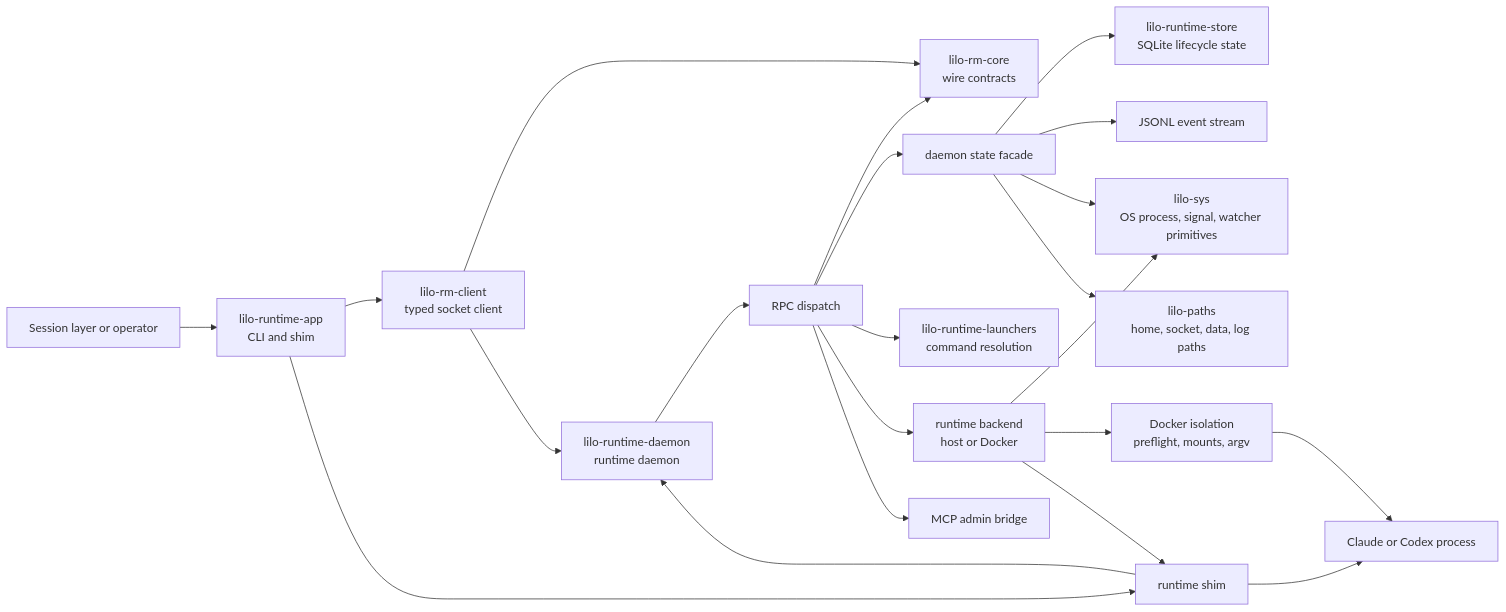
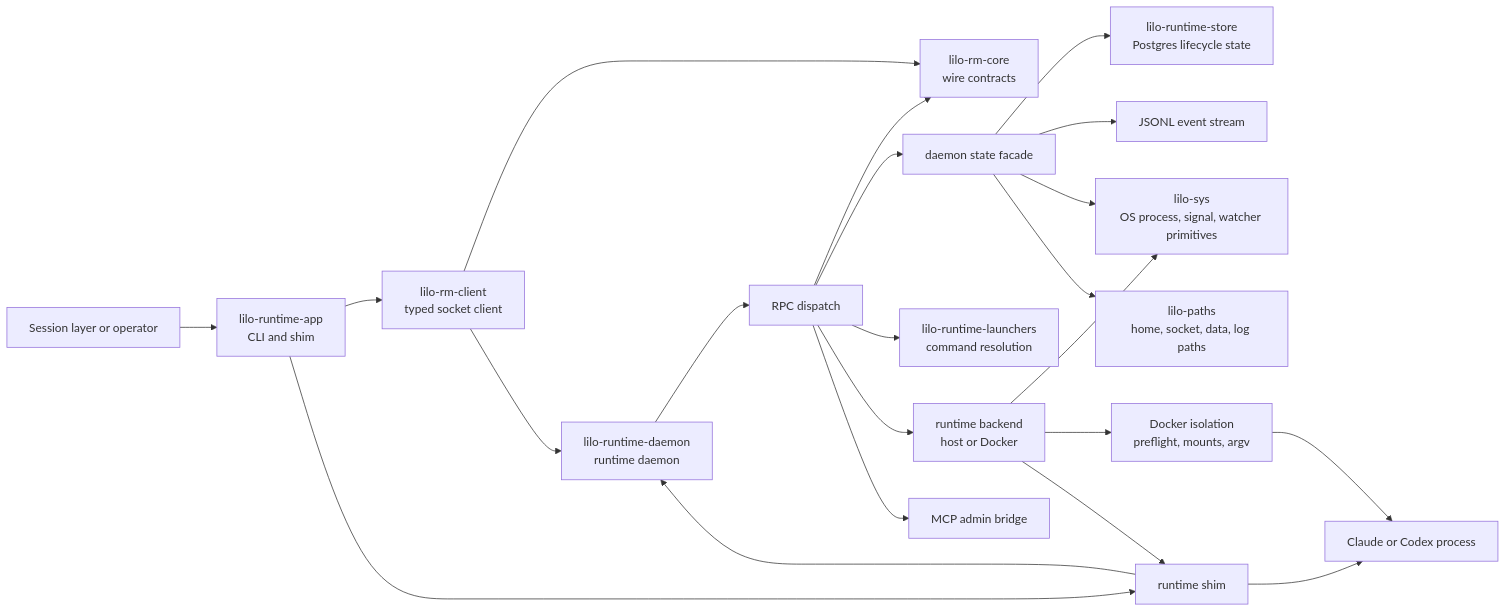
Before and after one commit to littleorgans/littleorgans: the diagram in docs/architecture/runtime.md, drawn with Mermaid. The commit also changed other lines of this file and 63 other files, not shown here.

First line of the commit message:
refactor(db): remove SQLite naming residue — postgres modules, neutral surfaces, runtime proto 0.8 (#32)

````diff
--- a/docs/architecture/runtime.md
+++ b/docs/architecture/runtime.md
@@ -57,42 +57,42 @@
 ```mermaid
 flowchart LR
     User["Session layer or operator"]
     App["lilo-runtime-app<br/>CLI and shim"]
     Client["lilo-rm-client<br/>typed socket client"]
     Core["lilo-rm-core<br/>wire contracts"]
     Daemon["lilo-runtime-daemon<br/>runtime daemon"]
     Handler["RPC dispatch"]
     State["daemon state facade"]
-    Store["lilo-runtime-store<br/>SQLite lifecycle state"]
+    Store["lilo-runtime-store<br/>Postgres lifecycle state"]
     Events["JSONL event stream"]
     Launchers["lilo-runtime-launchers<br/>command resolution"]
     Backend["runtime backend<br/>host or Docker"]
     Platform["lilo-sys<br/>OS process, signal, watcher primitives"]
     Paths["lilo-paths<br/>home, socket, data, log paths"]
     Docker["Docker isolation<br/>preflight, mounts, argv"]
     Shim["runtime shim"]
     Runtime["Claude or Codex process"]
     Mcp["MCP admin bridge"]
 
     User --> App
     App --> Client
     Client --> Core
     Client --> Daemon
     App --> Shim
     Daemon --> Handler
     Handler --> Core
     Handler --> State
     Handler --> Launchers
     Handler --> Backend
     Handler --> Mcp
     State --> Store
     State --> Events
     State --> Platform
     State --> Paths
     Backend --> Platform
     Backend --> Docker
     Backend --> Shim
     Docker --> Runtime
     Shim --> Runtime
     Shim --> Daemon
 ```
````
